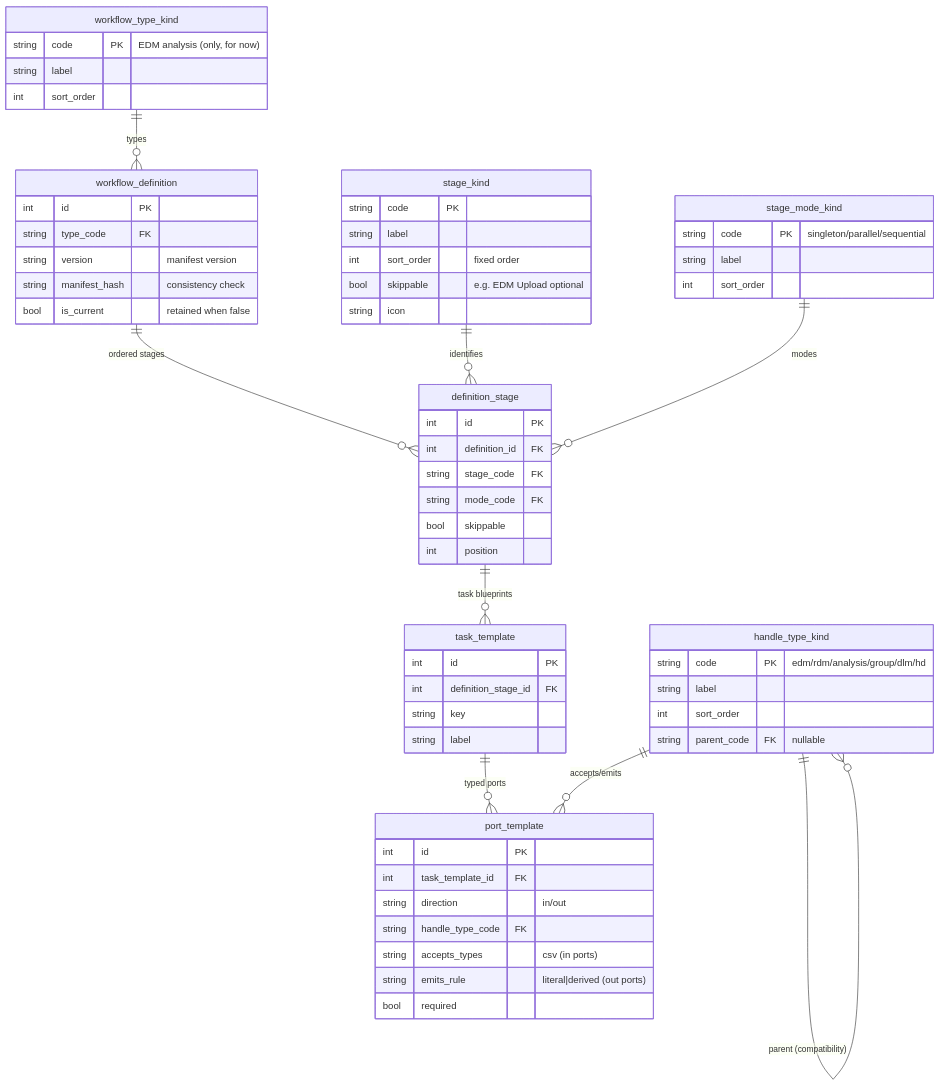
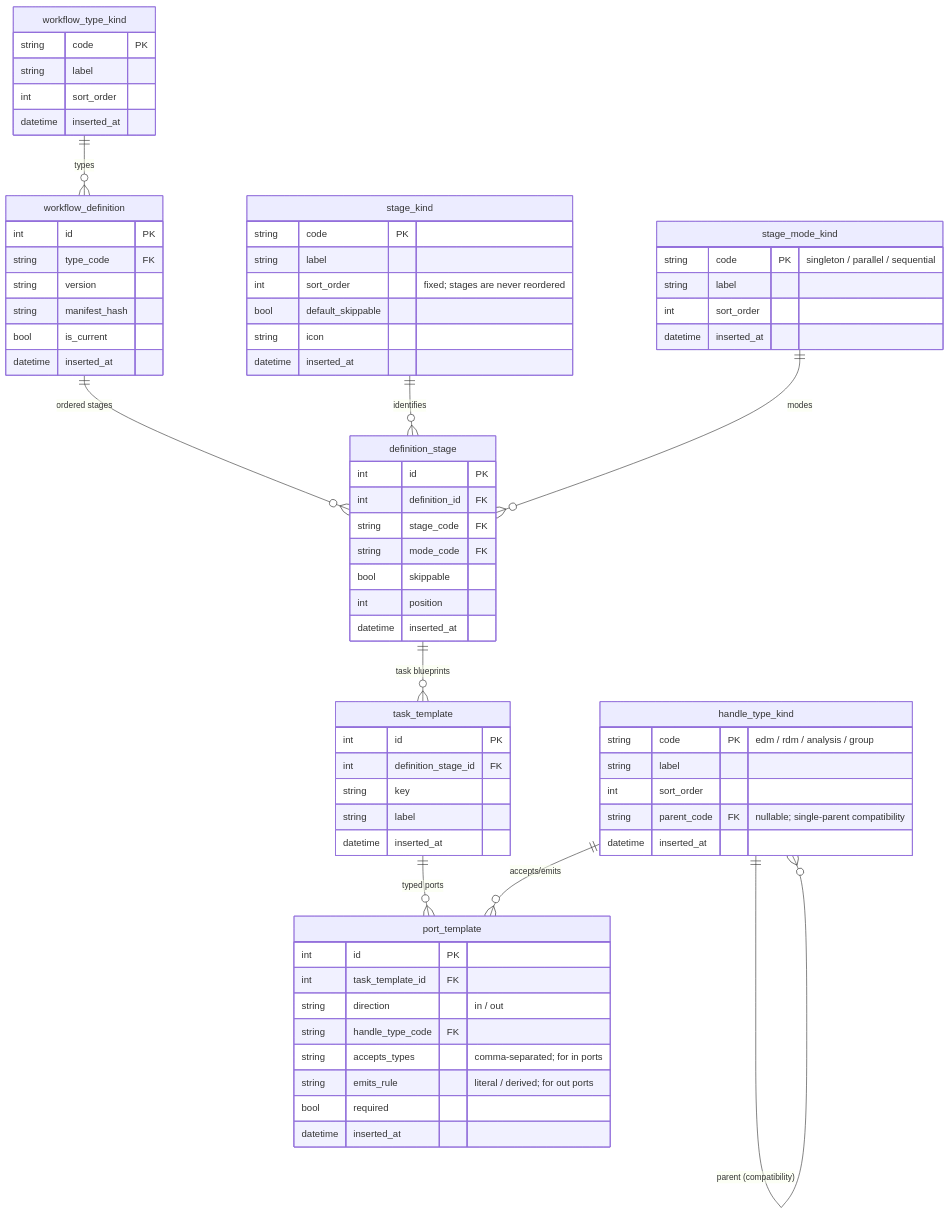
The sixth of 11 diagrams in docs/DATA_MODEL.md (anilvenugopal/risk-workbench), drawn with Mermaid before and after one commit. The commit also changed other lines of this file and 2 other files, not shown here.

````diff
--- a/docs/DATA_MODEL.md
+++ b/docs/DATA_MODEL.md
@@ -140,65 +412,73 @@
 ```mermaid
 erDiagram
   workflow_type_kind ||--o{ workflow_definition : types
   workflow_definition ||--o{ definition_stage : "ordered stages"
   stage_kind ||--o{ definition_stage : identifies
   stage_mode_kind ||--o{ definition_stage : modes
   definition_stage ||--o{ task_template : "task blueprints"
   task_template ||--o{ port_template : "typed ports"
   handle_type_kind ||--o{ port_template : "accepts/emits"
   handle_type_kind ||--o{ handle_type_kind : "parent (compatibility)"
 
   workflow_type_kind {
-    string code PK "EDM analysis (only, for now)"
+    string code PK
     string label
     int sort_order
+    datetime inserted_at
   }
   workflow_definition {
     int id PK
     string type_code FK
-    string version "manifest version"
-    string manifest_hash "consistency check"
-    bool is_current "retained when false"
+    string version
+    string manifest_hash
+    bool is_current
+    datetime inserted_at
   }
   stage_kind {
     string code PK
     string label
-    int sort_order "fixed order"
-    bool skippable "e.g. EDM Upload optional"
+    int sort_order "fixed; stages are never reordered"
+    bool default_skippable
     string icon
+    datetime inserted_at
   }
   stage_mode_kind {
-    string code PK "singleton/parallel/sequential"
+    string code PK "singleton / parallel / sequential"
     string label
     int sort_order
+    datetime inserted_at
   }
   definition_stage {
     int id PK
     int definition_id FK
     string stage_code FK
     string mode_code FK
     bool skippable
     int position
+    datetime inserted_at
   }
   task_template {
     int id PK
     int definition_stage_id FK
     string key
     string label
+    datetime inserted_at
   }
   port_template {
     int id PK
     int task_template_id FK
-    string direction "in/out"
+    string direction "in / out"
     string handle_type_code FK
-    string accepts_types "csv (in ports)"
-    string emits_rule "literal|derived (out ports)"
+    string accepts_types "comma-separated; for in ports"
+    string emits_rule "literal / derived; for out ports"
     bool required
+    datetime inserted_at
   }
   handle_type_kind {
-    string code PK "edm/rdm/analysis/group/dlm/hd"
+    string code PK "edm / rdm / analysis / group"
     string label
     int sort_order
-    string parent_code FK "nullable"
+    string parent_code FK "nullable; single-parent compatibility"
+    datetime inserted_at
   }
 ```
````
